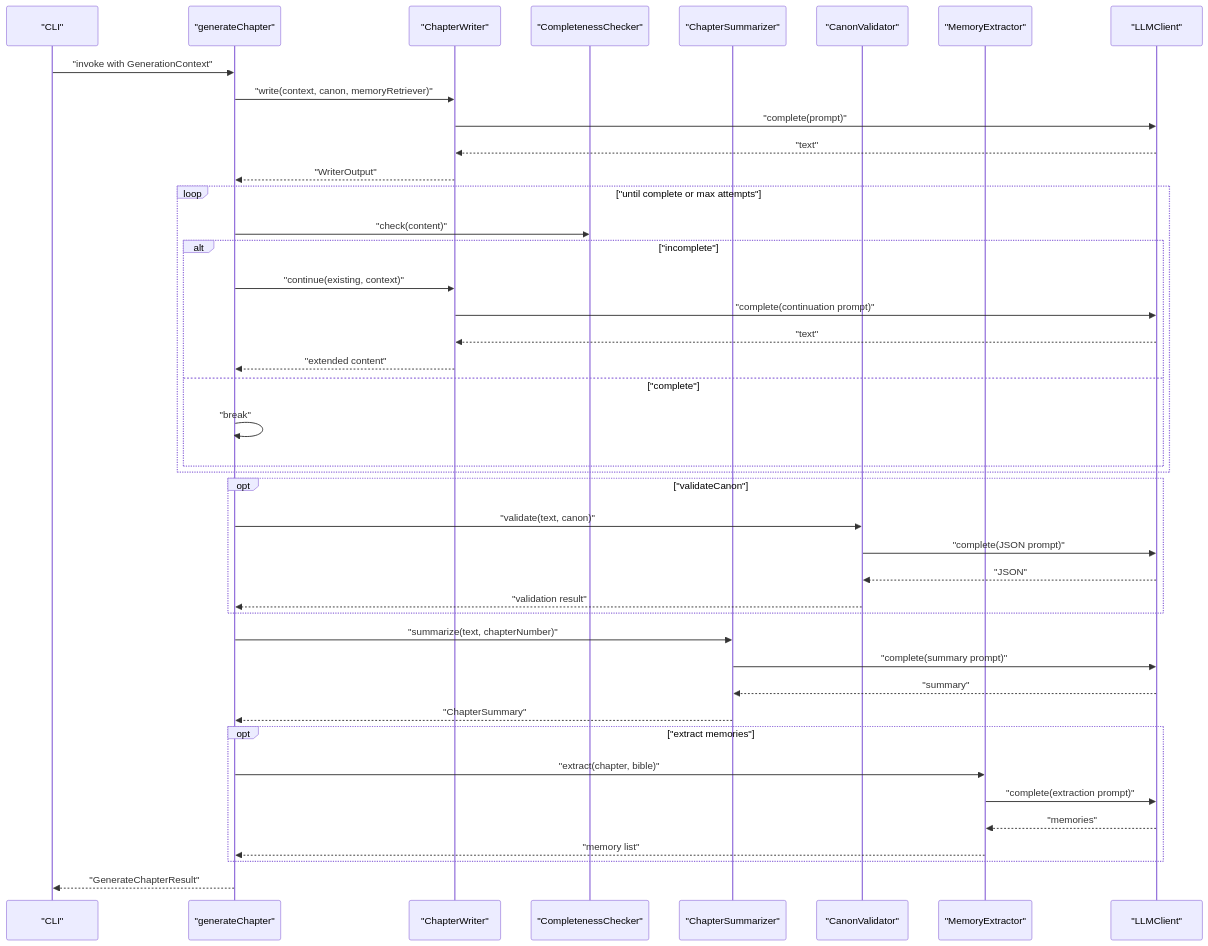
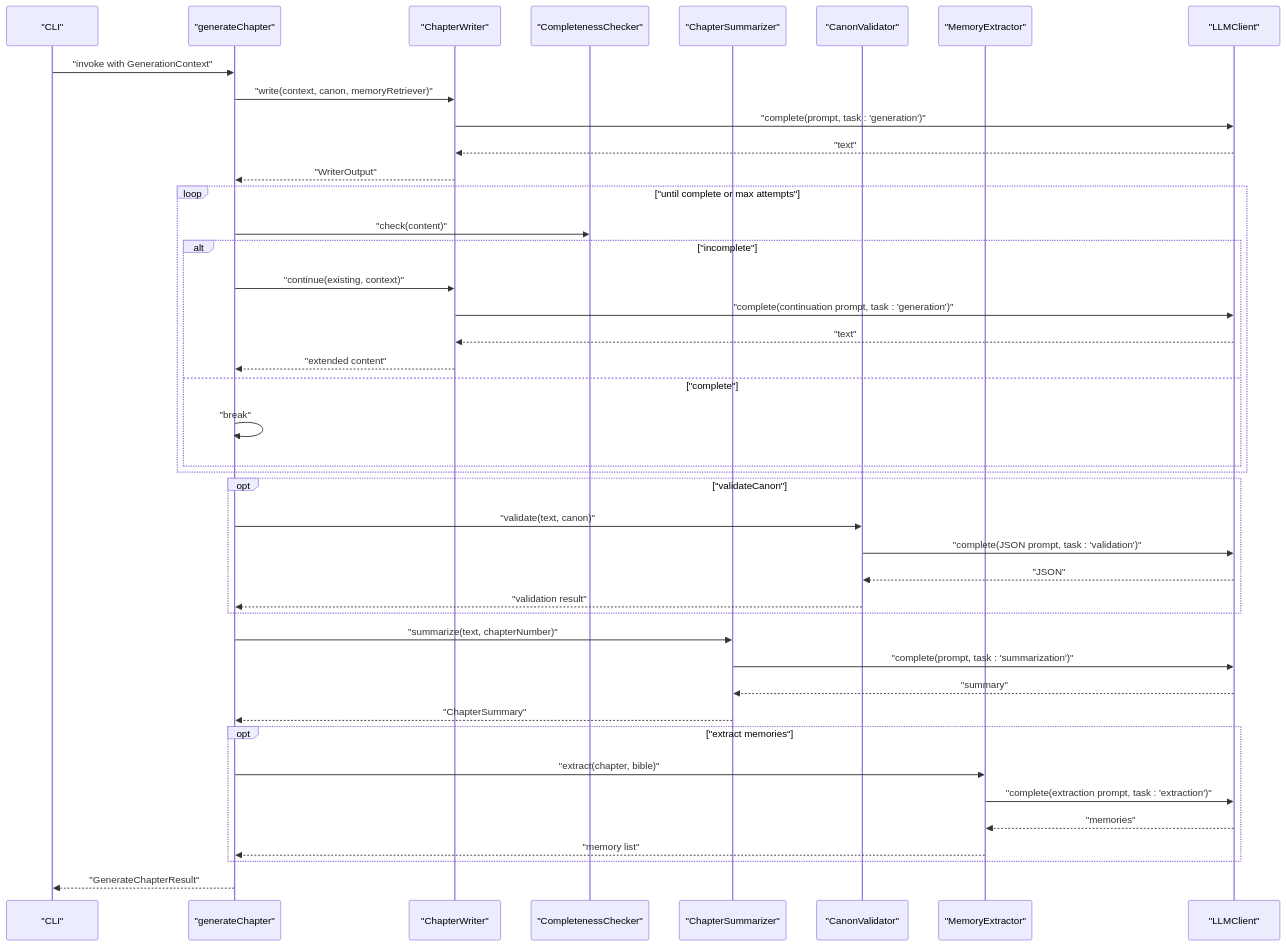
The tenth of 14 diagrams in .qoder/repowiki/en/content/Engine Architecture/Engine Architecture.md (liwonder/NARRITIVE_OS), drawn with Mermaid before and after one commit. The commit also changed other lines of this file and 12 other files, not shown here.

````diff
--- a/.qoder/repowiki/en/content/Engine Architecture/Engine Architecture.md
+++ b/.qoder/repowiki/en/content/Engine Architecture/Engine Architecture.md
@@ -562,44 +606,44 @@
 ```mermaid
 sequenceDiagram
 participant CLI as "CLI"
 participant Pipe as "generateChapter"
 participant Writer as "ChapterWriter"
 participant Checker as "CompletenessChecker"
 participant Sum as "ChapterSummarizer"
 participant Valid as "CanonValidator"
 participant MemExt as "MemoryExtractor"
 participant LLM as "LLMClient"
 CLI->>Pipe : "invoke with GenerationContext"
 Pipe->>Writer : "write(context, canon, memoryRetriever)"
-Writer->>LLM : "complete(prompt)"
+Writer->>LLM : "complete(prompt, task : 'generation')"
 LLM-->>Writer : "text"
 Writer-->>Pipe : "WriterOutput"
 loop "until complete or max attempts"
 Pipe->>Checker : "check(content)"
 alt "incomplete"
 Pipe->>Writer : "continue(existing, context)"
-Writer->>LLM : "complete(continuation prompt)"
+Writer->>LLM : "complete(continuation prompt, task : 'generation')"
 LLM-->>Writer : "text"
 Writer-->>Pipe : "extended content"
 else "complete"
 Pipe->>Pipe : "break"
 end
 end
 opt "validateCanon"
 Pipe->>Valid : "validate(text, canon)"
-Valid->>LLM : "complete(JSON prompt)"
+Valid->>LLM : "complete(JSON prompt, task : 'validation')"
 LLM-->>Valid : "JSON"
 Valid-->>Pipe : "validation result"
 end
 Pipe->>Sum : "summarize(text, chapterNumber)"
-Sum->>LLM : "complete(summary prompt)"
+Sum->>LLM : "complete(prompt, task : 'summarization')"
 LLM-->>Sum : "summary"
 Sum-->>Pipe : "ChapterSummary"
 opt "extract memories"
 Pipe->>MemExt : "extract(chapter, bible)"
-MemExt->>LLM : "complete(extraction prompt)"
+MemExt->>LLM : "complete(extraction prompt, task : 'extraction')"
 LLM-->>MemExt : "memories"
 MemExt-->>Pipe : "memory list"
 end
 Pipe-->>CLI : "GenerateChapterResult"
 ```
````
